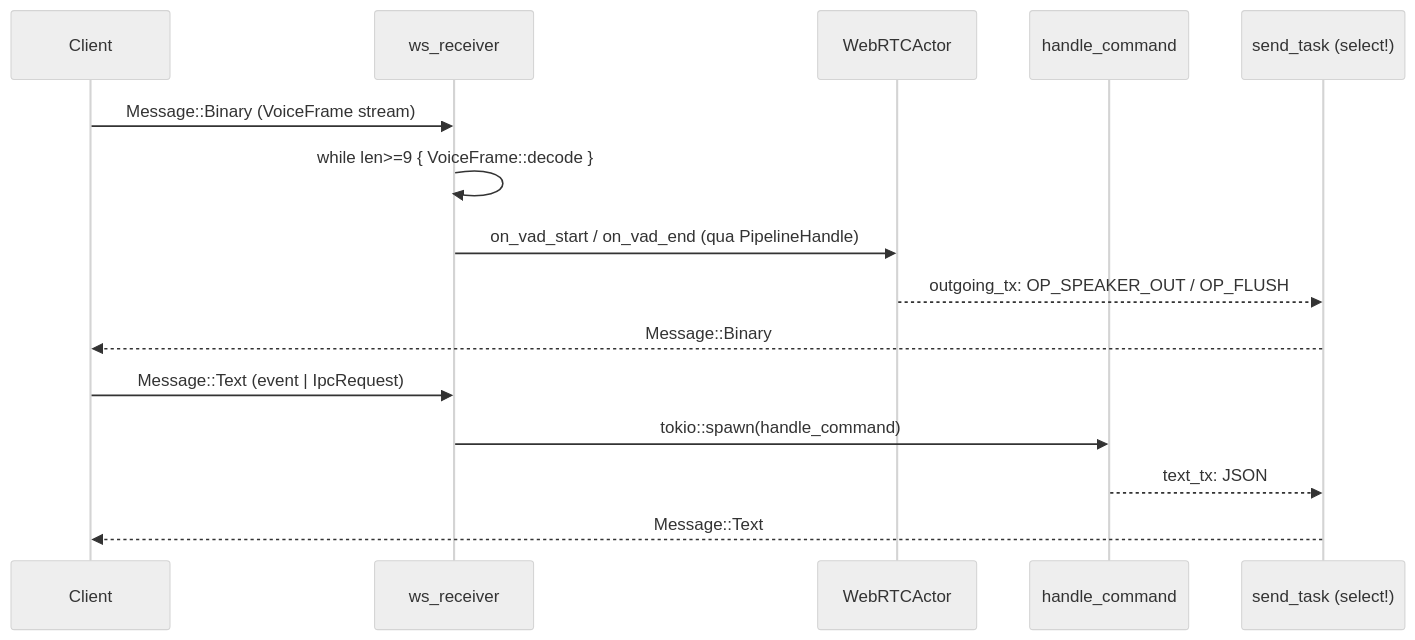
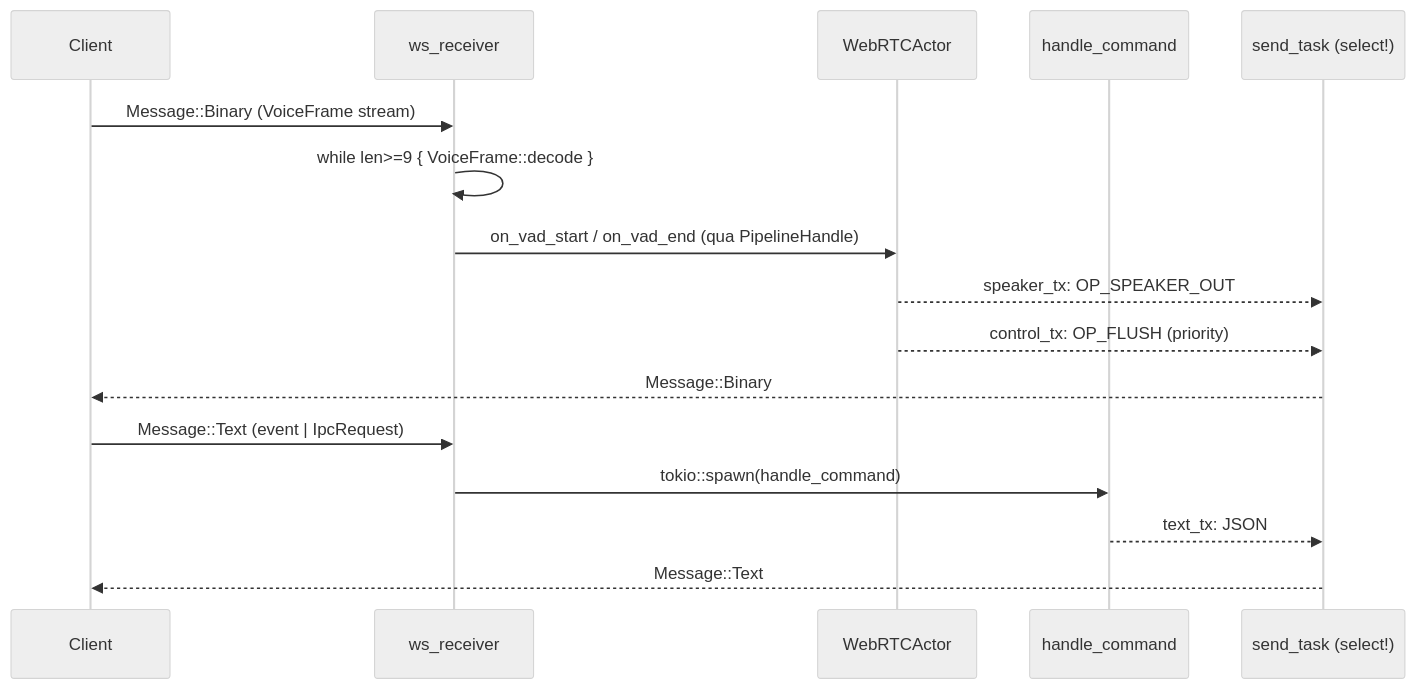
The second of 5 diagrams in docs/01-ban-ve/02-giao-thuc-ipc-va-websocket.md (DuongNAD/LIVA), drawn with Mermaid (neutral theme) before and after one commit. The commit also changed other lines of this file and 29 other files, not shown here.

````diff
--- a/docs/01-ban-ve/02-giao-thuc-ipc-va-websocket.md
+++ b/docs/01-ban-ve/02-giao-thuc-ipc-va-websocket.md
@@ -259,19 +267,20 @@
 ```mermaid
 sequenceDiagram
     participant C as Client
     participant R as ws_receiver
     participant A as WebRTCActor
     participant H as handle_command
     participant S as send_task (select!)
 
     C->>R: Message::Binary (VoiceFrame stream)
     R->>R: while len>=9 { VoiceFrame::decode }
     R->>A: on_vad_start / on_vad_end (qua PipelineHandle)
-    A-->>S: outgoing_tx: OP_SPEAKER_OUT / OP_FLUSH
+    A-->>S: speaker_tx: OP_SPEAKER_OUT
+    A-->>S: control_tx: OP_FLUSH (priority)
     S-->>C: Message::Binary
 
     C->>R: Message::Text (event | IpcRequest)
     R->>H: tokio::spawn(handle_command)
     H-->>S: text_tx: JSON
     S-->>C: Message::Text
 ```
````
